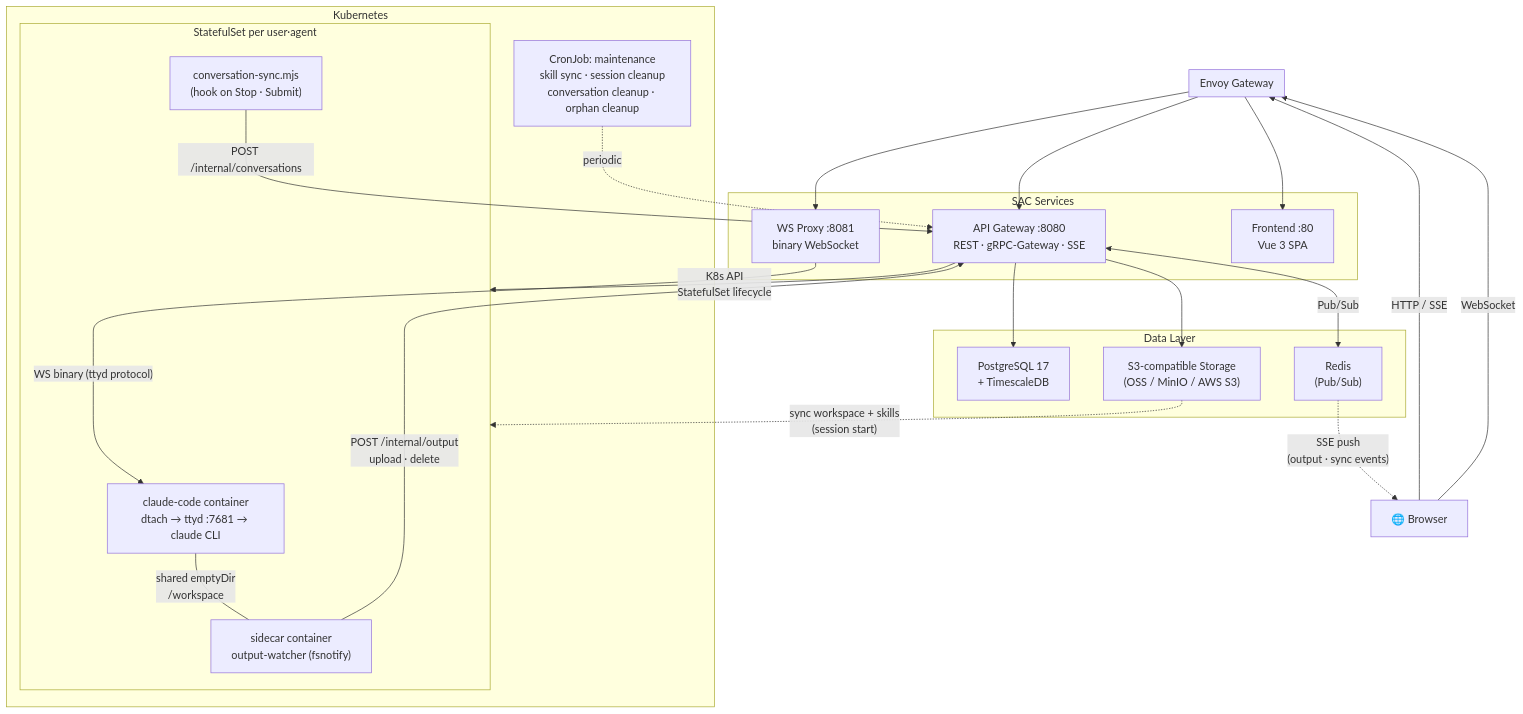
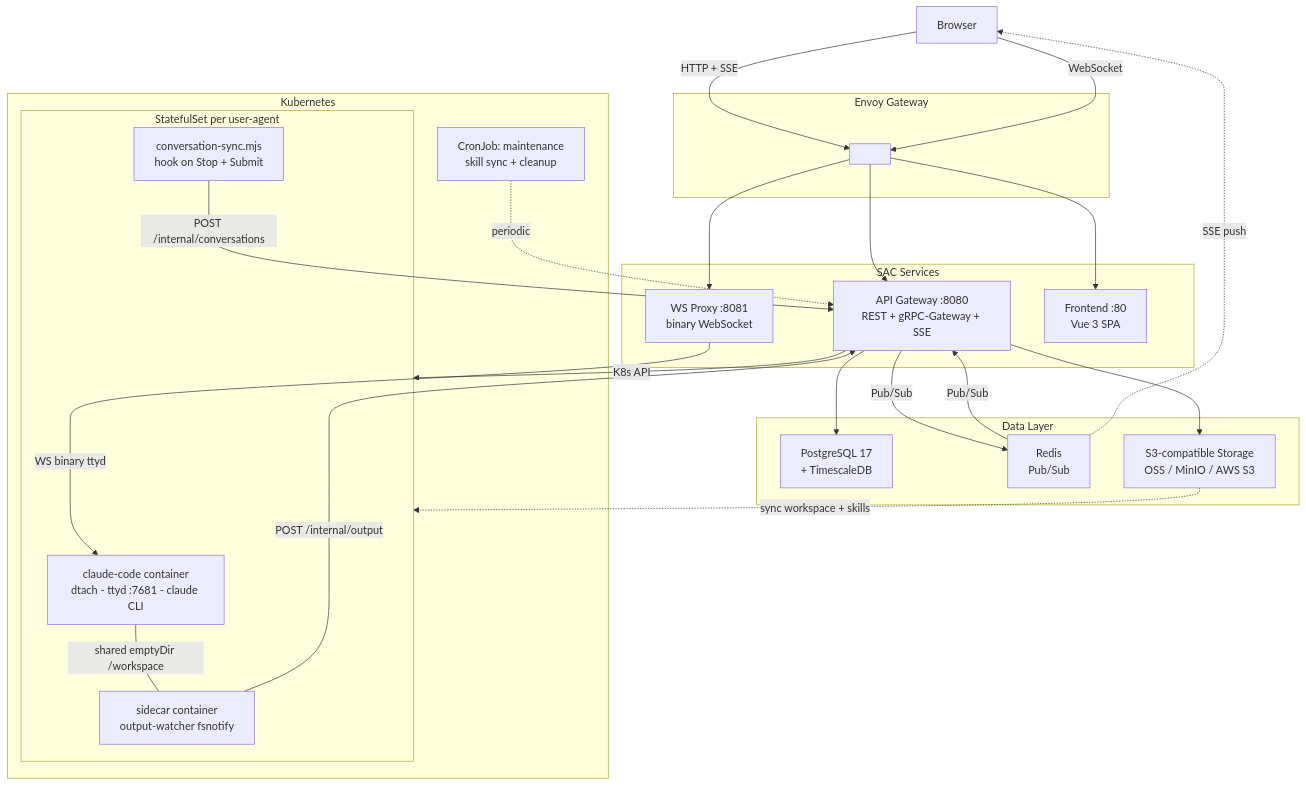
One commit to aireet/sac changed the first of 2 diagrams in README.md. Above: the diagram before and after it, drawn with Mermaid. The commit also changed other lines of this file and 1 other file, not shown here.

Commit message:
fix(docs): make mermaid diagrams compatible with v9.1.3
Remove bidirectional arrows, direction keyword, middot chars,
unicode arrows, emojis, and curly braces in node IDs that cause
syntax errors on GitLab mermaid 9.1.3.

````diff
--- a/README.md
+++ b/README.md
@@ -28,49 +28,50 @@
 ```mermaid
 graph TB
-    Browser["🌐 Browser"]
+    Browser["Browser"]
 
     subgraph Gateway["Envoy Gateway"]
-        direction LR
+        GW[" "]
     end
 
     subgraph Services["SAC Services"]
-        API["API Gateway :8080<br/>REST · gRPC-Gateway · SSE"]
+        API["API Gateway :8080<br/>REST + gRPC-Gateway + SSE"]
         WS["WS Proxy :8081<br/>binary WebSocket"]
         FE["Frontend :80<br/>Vue 3 SPA"]
     end
 
     subgraph Data["Data Layer"]
         PG["PostgreSQL 17<br/>+ TimescaleDB"]
-        Redis["Redis<br/>(Pub/Sub)"]
-        S3["S3-compatible Storage<br/>(OSS / MinIO / AWS S3)"]
+        Redis["Redis<br/>Pub/Sub"]
+        S3["S3-compatible Storage<br/>OSS / MinIO / AWS S3"]
     end
 
     subgraph K8s["Kubernetes"]
-        subgraph Pod["StatefulSet per user·agent"]
-            Main["claude-code container<br/>dtach → ttyd :7681 → claude CLI"]
-            Sidecar["sidecar container<br/>output-watcher (fsnotify)"]
-            Hook["conversation-sync.mjs<br/>(hook on Stop · Submit)"]
+        subgraph Pod["StatefulSet per user-agent"]
+            Main["claude-code container<br/>dtach - ttyd :7681 - claude CLI"]
+            Sidecar["sidecar container<br/>output-watcher fsnotify"]
+            Hook["conversation-sync.mjs<br/>hook on Stop + Submit"]
         end
-        Cron["CronJob: maintenance<br/>skill sync · session cleanup<br/>conversation cleanup · orphan cleanup"]
+        Cron["CronJob: maintenance<br/>skill sync + cleanup"]
     end
 
-    Browser -->|"HTTP / SSE"| Gateway
-    Browser -->|WebSocket| Gateway
-    Gateway --> FE
-    Gateway --> API
-    Gateway --> WS
+    Browser -->|"HTTP + SSE"| GW
+    Browser -->|"WebSocket"| GW
+    GW --> FE
+    GW --> API
+    GW --> WS
 
-    WS -->|"WS binary (ttyd protocol)"| Main
-    API -->|"K8s API<br/>StatefulSet lifecycle"| Pod
+    WS -->|"WS binary ttyd"| Main
+    API -->|"K8s API"| Pod
     API --> PG
     API --> S3
-    API <-->|Pub/Sub| Redis
+    API -->|"Pub/Sub"| Redis
+    Redis -->|"Pub/Sub"| API
 
-    Sidecar -->|"POST /internal/output<br/>upload · delete"| API
+    Sidecar -->|"POST /internal/output"| API
     Hook -->|"POST /internal/conversations"| API
-    Main ---|"shared emptyDir<br/>/workspace"| Sidecar
+    Main ---|"shared emptyDir /workspace"| Sidecar
 
-    S3 -.->|"sync workspace + skills<br/>(session start)"| Pod
-    Redis -.->|"SSE push<br/>(output · sync events)"| Browser
-    Cron -.->|periodic| API
+    S3 -.->|"sync workspace + skills"| Pod
+    Redis -.->|"SSE push"| Browser
+    Cron -.->|"periodic"| API
 ```
````
